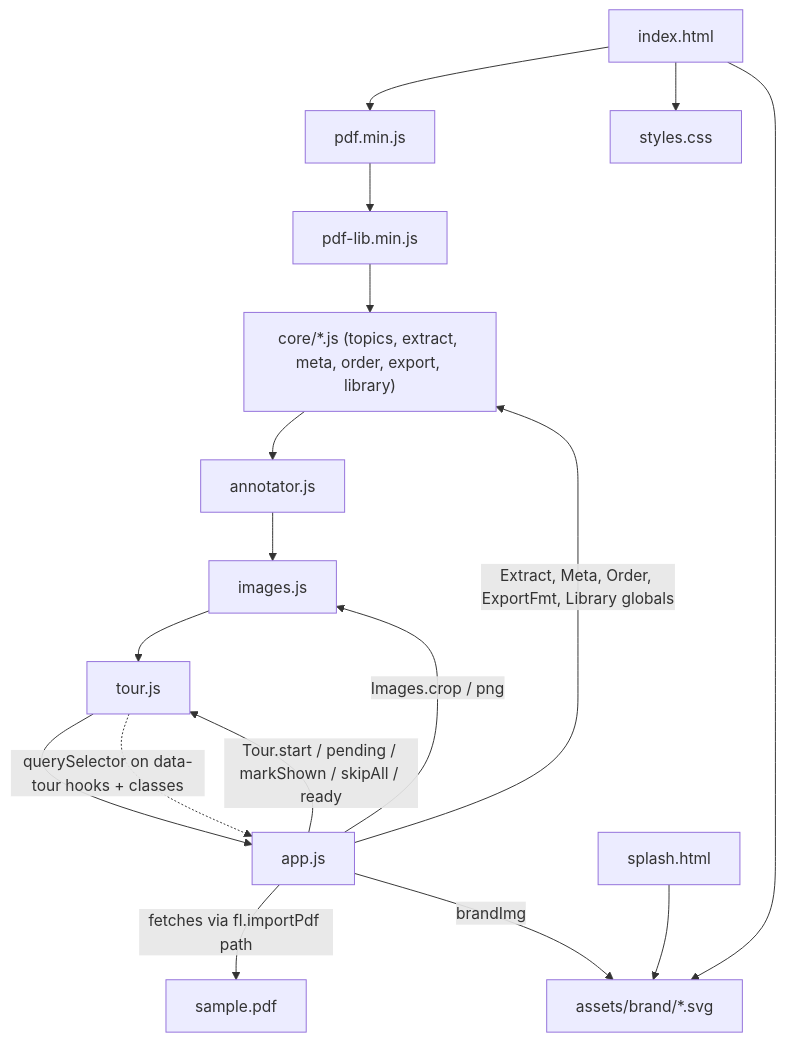
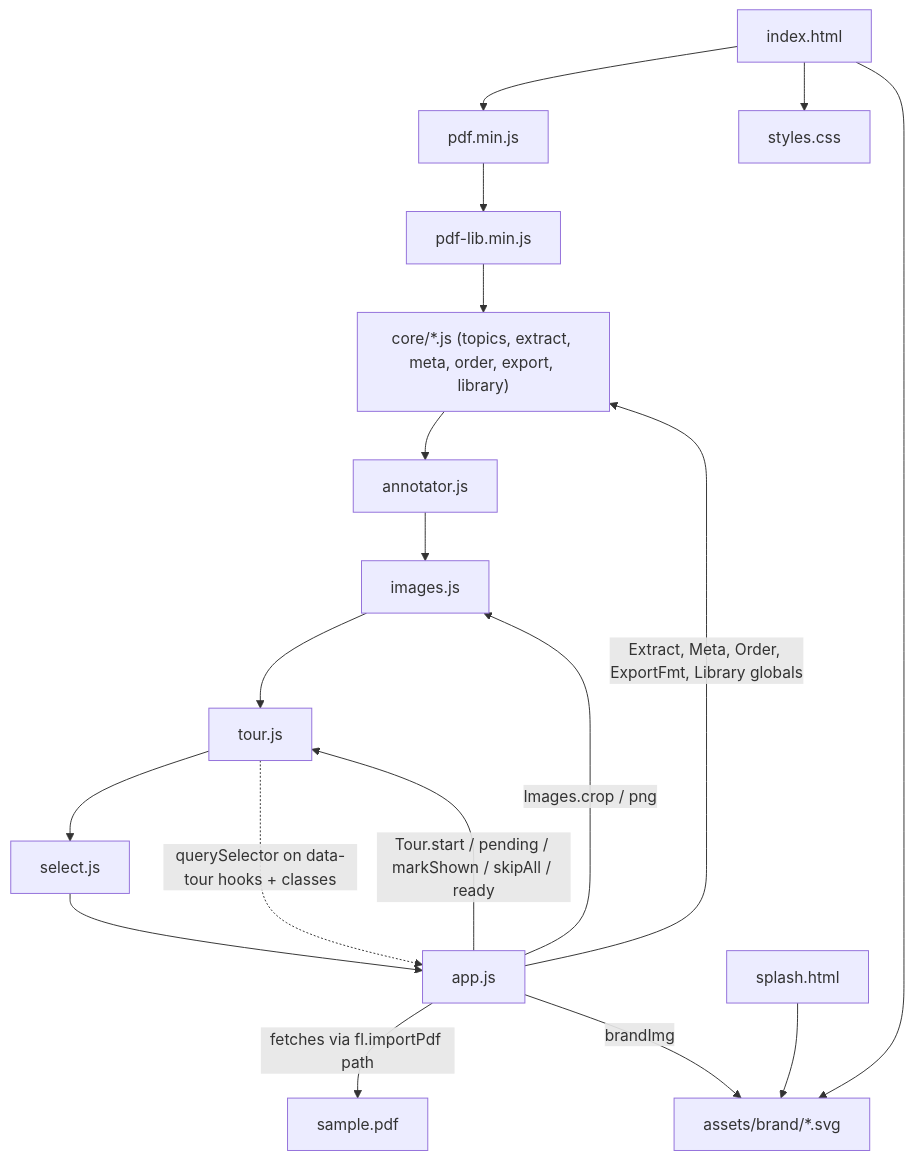
One commit to Lefarious/Faelights changed the diagram in docs/atlas/modules/renderer-ui.md. Above: the diagram before and after it, drawn with Mermaid. The commit also changed other lines of this file and 7 other files, not shown here.

````diff
--- a/docs/atlas/modules/renderer-ui.md
+++ b/docs/atlas/modules/renderer-ui.md
@@ -15,13 +15,13 @@
 ```mermaid
 graph TD
-  html[index.html] --> pdfjs[pdf.min.js] --> pdflib[pdf-lib.min.js] --> core["core/*.js (topics, extract, meta, order, export, library)"] --> annot[annotator.js] --> imgs[images.js] --> tour[tour.js] --> app[app.js]
+  html[index.html] --> pdfjs[pdf.min.js] --> pdflib[pdf-lib.min.js] --> core["core/*.js (topics, extract, meta, order, export, library)"] --> annot[annotator.js] --> imgs[images.js] --> tour[tour.js] --> sel[select.js] --> app[app.js]
   app -->|Images.crop / png| imgs
   app -->|Extract, Meta, Order, ExportFmt, Library globals| core
   app -->|Tour.start / pending / markShown / skipAll / ready| tour
   tour -.->|querySelector on data-tour hooks + classes| app
   html --> css[styles.css]
   app -->|fetches via fl.importPdf path| sample[sample.pdf]
   app -->|brandImg| brand[assets/brand/*.svg]
   html --> brand
   splash[splash.html] --> brand
 ```
````
